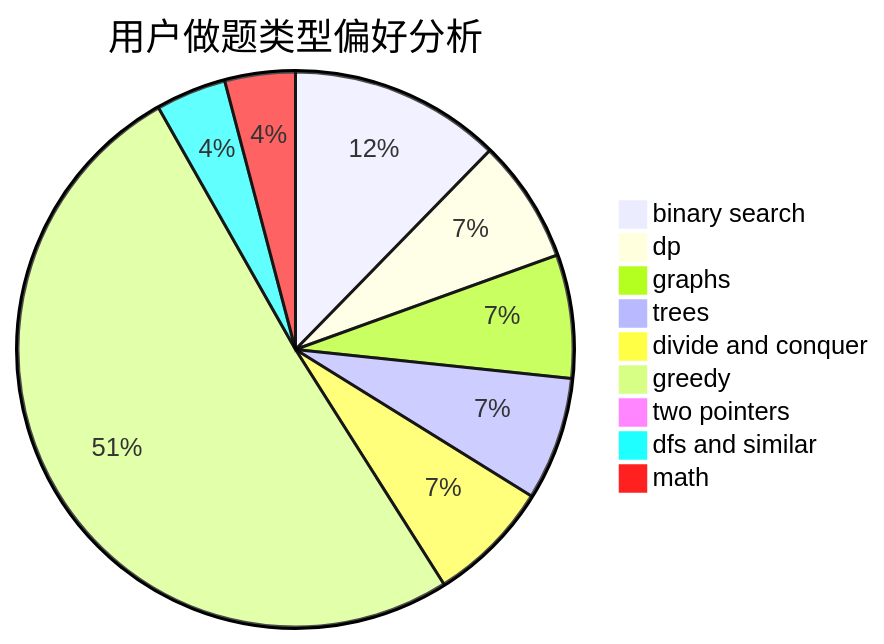
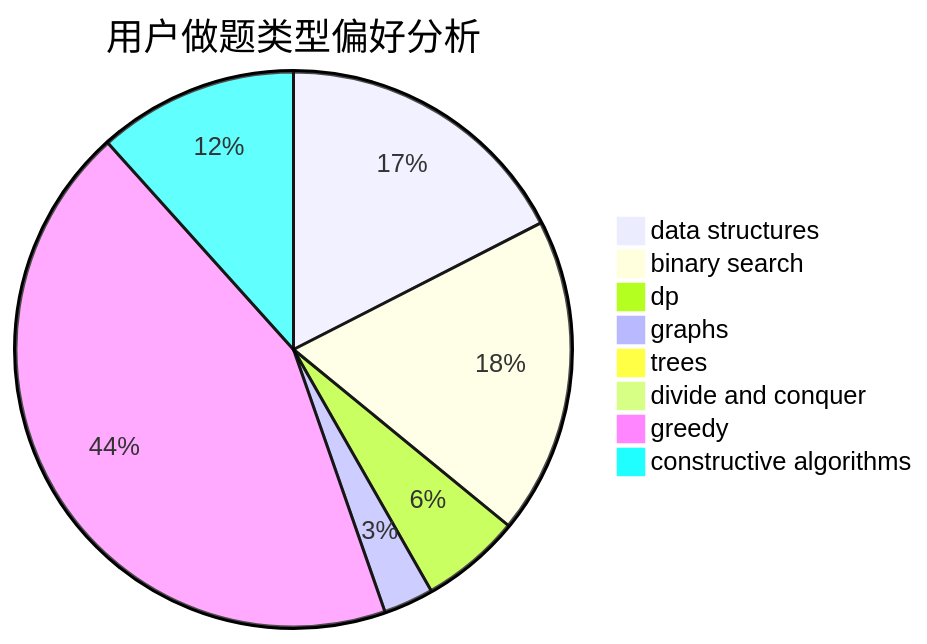
One commit to sherpahu/cfrs.github.io changed the second of 3 diagrams in docs/user/u2552.md. Above: the diagram before and after it, drawn with Mermaid. The commit also changed other lines of this file and 2775 other files, not shown here.

````diff
--- a/docs/user/u2552.md
+++ b/docs/user/u2552.md
@@ -23,12 +23,11 @@
 ```mermaid
 pie title 用户做题类型偏好分析
-    "binary search" :  24
-    "dp" :  14
-    "graphs" :  14
-    "trees" :  14
-    "divide and conquer" :  14
-    "greedy" :  99
-    "two pointers" :  0
-    "dfs and similar" :  8
-    "math" :  8
+    "data structures" :  18
+    "binary search" :  19
+    "dp" :  6
+    "graphs" :  3
+    "trees" :  0
+    "divide and conquer" :  0
+    "greedy" :  45
+    "constructive algorithms" :  12
 ```
````
